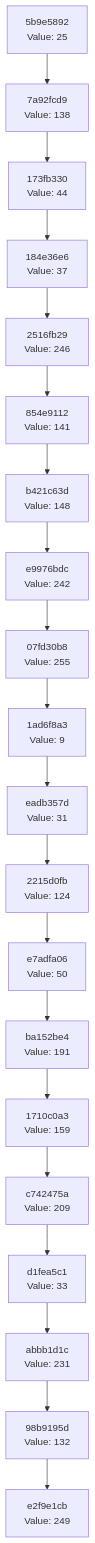
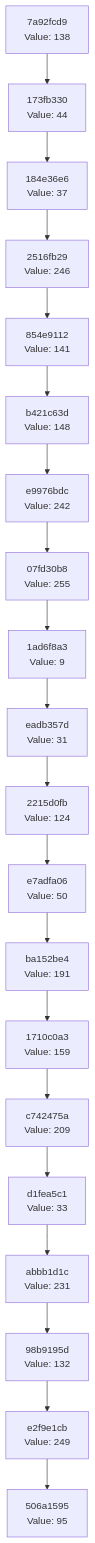
One commit to Abhisheksinha1506/hash-chain-evolver changed the diagram in docs/CHAIN_VISUALIZATION.md. Above: the diagram before and after it, drawn with Mermaid. The commit also changed 1 other file, not shown here.

Commit message:
Evolution step: hash 0x5F → action executed

````diff
--- a/docs/CHAIN_VISUALIZATION.md
+++ b/docs/CHAIN_VISUALIZATION.md
@@ -3,42 +3,42 @@
 ```mermaid
 graph TD
-    C0["e2f9e1cb<br/>Value: 249"]
-    C1["98b9195d<br/>Value: 132"]
+    C0["506a1595<br/>Value: 95"]
+    C1["e2f9e1cb<br/>Value: 249"]
     C1 --> C0
-    C2["abbb1d1c<br/>Value: 231"]
+    C2["98b9195d<br/>Value: 132"]
     C2 --> C1
-    C3["d1fea5c1<br/>Value: 33"]
+    C3["abbb1d1c<br/>Value: 231"]
     C3 --> C2
-    C4["c742475a<br/>Value: 209"]
+    C4["d1fea5c1<br/>Value: 33"]
     C4 --> C3
-    C5["1710c0a3<br/>Value: 159"]
+    C5["c742475a<br/>Value: 209"]
     C5 --> C4
-    C6["ba152be4<br/>Value: 191"]
+    C6["1710c0a3<br/>Value: 159"]
     C6 --> C5
-    C7["e7adfa06<br/>Value: 50"]
+    C7["ba152be4<br/>Value: 191"]
     C7 --> C6
-    C8["2215d0fb<br/>Value: 124"]
+    C8["e7adfa06<br/>Value: 50"]
     C8 --> C7
-    C9["eadb357d<br/>Value: 31"]
+    C9["2215d0fb<br/>Value: 124"]
     C9 --> C8
-    C10["1ad6f8a3<br/>Value: 9"]
+    C10["eadb357d<br/>Value: 31"]
     C10 --> C9
-    C11["07fd30b8<br/>Value: 255"]
+    C11["1ad6f8a3<br/>Value: 9"]
     C11 --> C10
-    C12["e9976bdc<br/>Value: 242"]
+    C12["07fd30b8<br/>Value: 255"]
     C12 --> C11
-    C13["b421c63d<br/>Value: 148"]
+    C13["e9976bdc<br/>Value: 242"]
     C13 --> C12
-    C14["854e9112<br/>Value: 141"]
+    C14["b421c63d<br/>Value: 148"]
     C14 --> C13
-    C15["2516fb29<br/>Value: 246"]
+    C15["854e9112<br/>Value: 141"]
     C15 --> C14
-    C16["184e36e6<br/>Value: 37"]
+    C16["2516fb29<br/>Value: 246"]
     C16 --> C15
-    C17["173fb330<br/>Value: 44"]
+    C17["184e36e6<br/>Value: 37"]
     C17 --> C16
-    C18["7a92fcd9<br/>Value: 138"]
+    C18["173fb330<br/>Value: 44"]
     C18 --> C17
-    C19["5b9e5892<br/>Value: 25"]
+    C19["7a92fcd9<br/>Value: 138"]
     C19 --> C18
 ```
````
